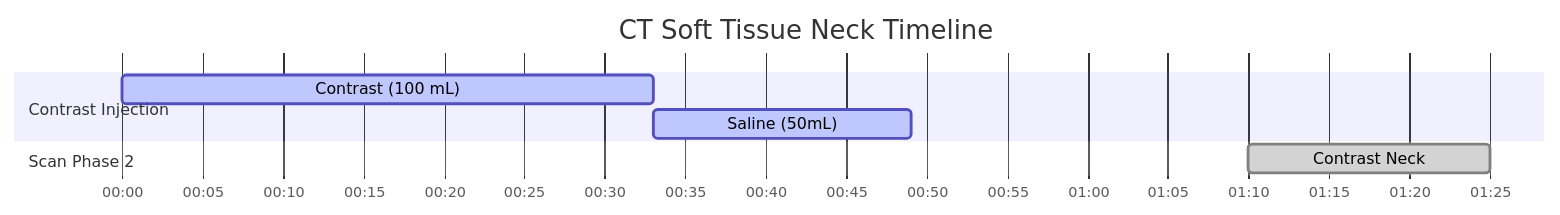
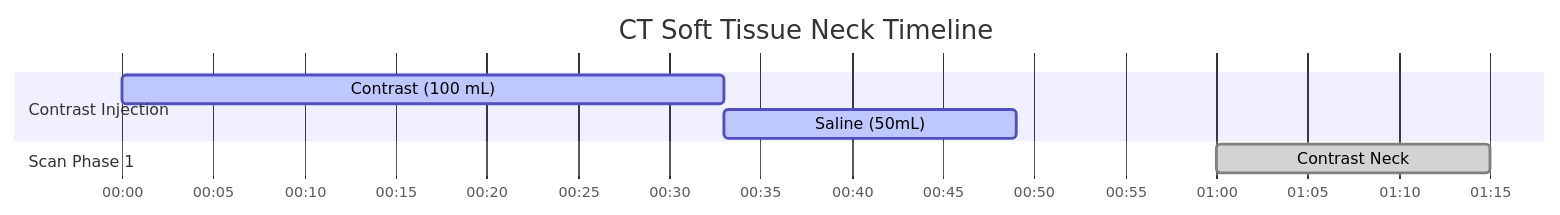
One commit to dfergs93/radiology-protocols changed the diagram in docs/ct/neuro/ct-soft-tissue-neck.md. Above: the diagram before and after it, drawn with Mermaid. The commit also changed 79 other files, not shown here.

````diff
--- a/docs/ct/neuro/ct-soft-tissue-neck.md
+++ b/docs/ct/neuro/ct-soft-tissue-neck.md
@@ -81,16 +81,16 @@
   ```mermaid
   ---
   config:
     theme: default
   ---
     gantt
       title CT Soft Tissue Neck Timeline
       dateFormat mm:ss
       axisFormat %M:%S 
       
       section Contrast Injection
       Contrast (100 mL)    :active, contrast, 00:00, 33s
       Saline (50mL)          :active, saline, after contrast, 16s
-      section Scan Phase 2
-      Contrast Neck    :done, scan2, 01:10, 15s
+      section Scan Phase 1
+      Contrast Neck    :done, scan1, 01:00, 15s
   ```
````
